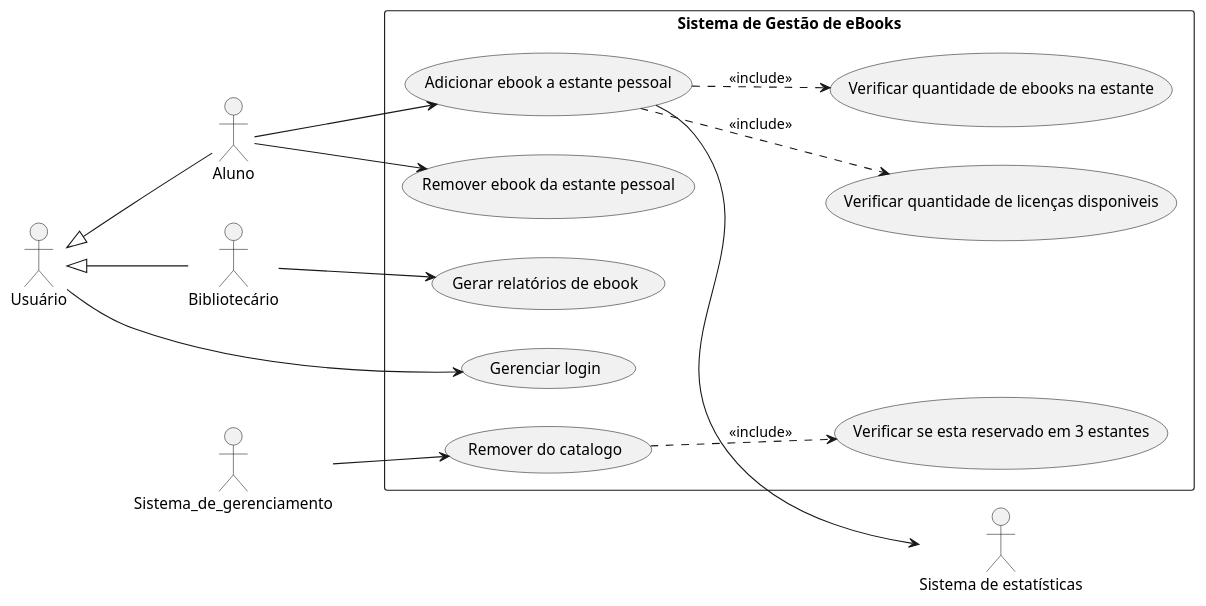
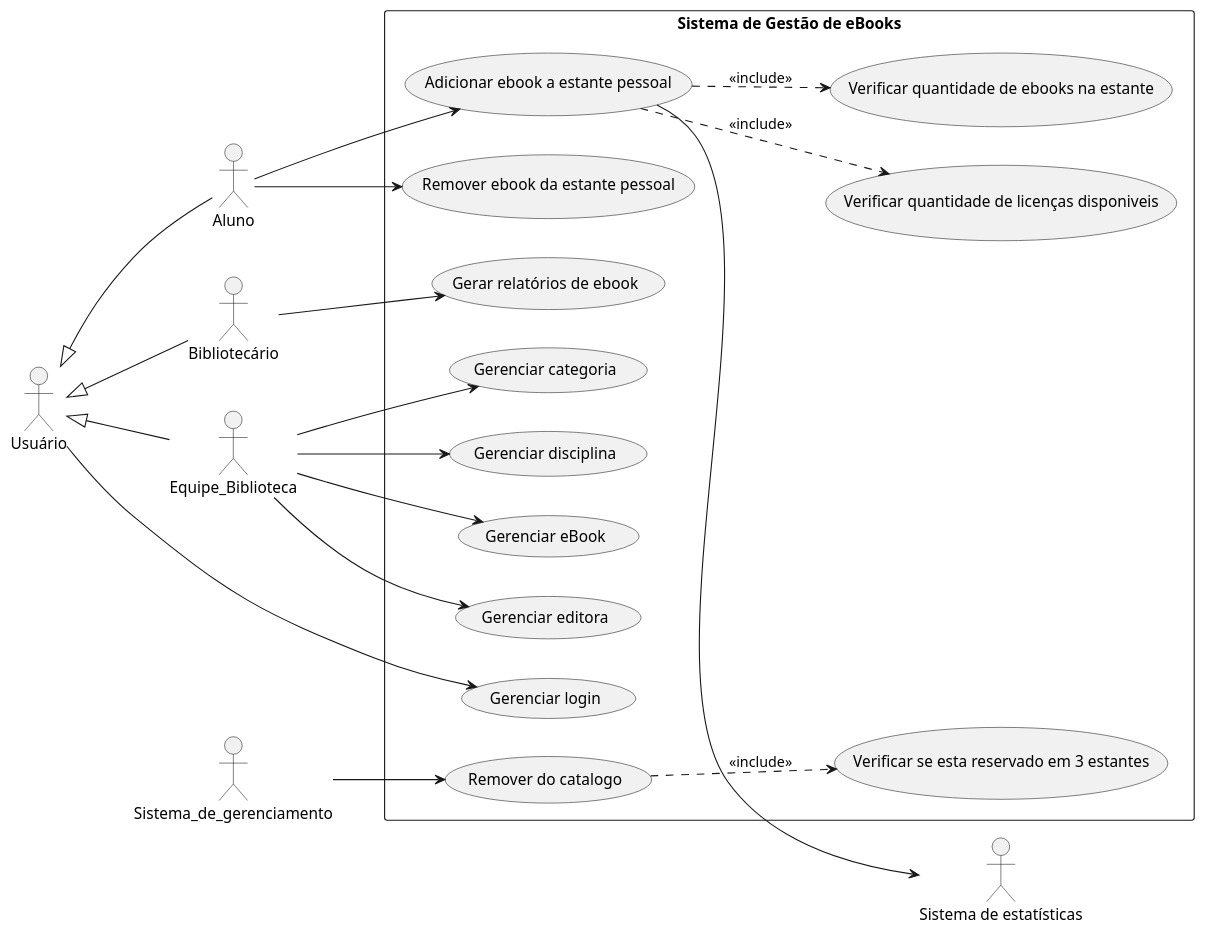
Before and after one commit to brunokilo/lab01-ebooks-biblioteca: the diagram in docs/diagramas/casos-de-uso.puml, drawn with PlantUML.

Commit message:
diagramas: adiciona casos de uso para gerenciamento de eBooks e equipe biblioteca

```diff
--- a/docs/diagramas/casos-de-uso.puml
+++ b/docs/diagramas/casos-de-uso.puml
@@ -1,38 +1,48 @@
 @startuml
 left to right direction
 skinparam packageStyle rectangle
 
 actor "Usuário" as Usuario
 actor Aluno
 actor "Bibliotecário" as Bibliotecario
+actor Equipe_Biblioteca
 actor Sistema_de_gerenciamento
 actor "Sistema de estatísticas" as Sistema_de_estatisticas
 
 rectangle "Sistema de Gestão de eBooks" {
   usecase "Gerenciar login" as UC01
   usecase "Adicionar ebook a estante pessoal" as UC02
   usecase "Remover ebook da estante pessoal" as UC03
   usecase "Gerar relatórios de ebook" as UC04
+  usecase "Gerenciar eBook" as UC05
+  usecase "Gerenciar editora" as UC06
+  usecase "Gerenciar categoria" as UC07
+  usecase "Gerenciar disciplina" as UC08
   usecase "Remover do catalogo" as UC09
   usecase "Verificar se esta reservado em 3 estantes" as UC10
   usecase "Verificar quantidade de ebooks na estante" as UC11
   usecase "Verificar quantidade de licenças disponiveis" as UC12
 }
 
+Usuario <|-- Equipe_Biblioteca 
 Usuario <|-- Bibliotecario 
 Usuario <|-- Aluno 
 
 Usuario --> (UC01)
 
+Equipe_Biblioteca --> (UC05)
+Equipe_Biblioteca --> (UC06)
+Equipe_Biblioteca --> (UC07)
+Equipe_Biblioteca --> (UC08)
 
 Bibliotecario --> (UC04)
 
 Aluno --> (UC02)
 (UC02)..> (UC11) : <<include>>
 (UC02)..> (UC12) : <<include>>
 (UC02)--> Sistema_de_estatisticas
 Aluno --> (UC03)
 
 Sistema_de_gerenciamento --> (UC09)
 (UC09)..> (UC10) : <<include>>
 @enduml
```
